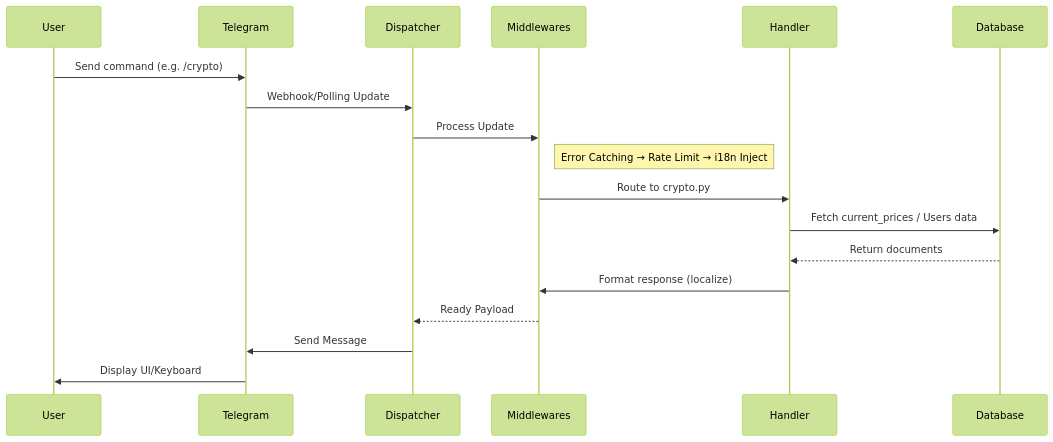
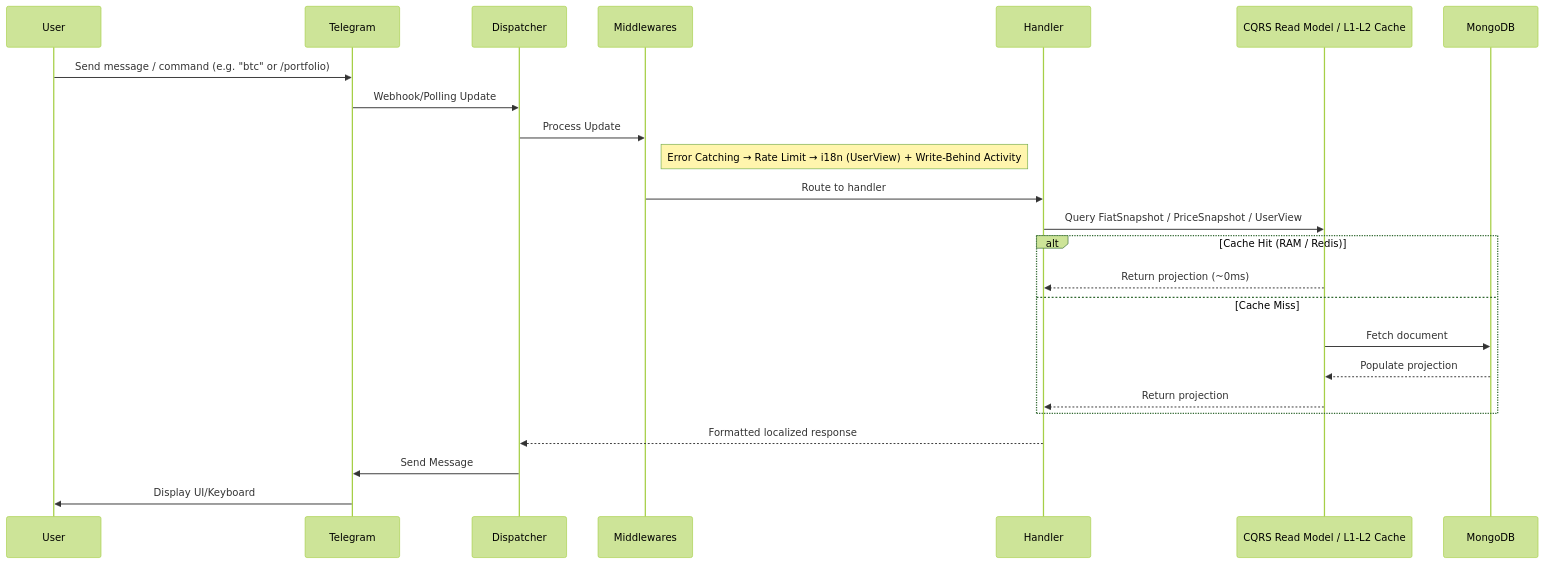
The first of 2 diagrams in docs/English/ARCHITECTURE.md (teferdet/finances), drawn with Mermaid (forest theme) before and after one commit. The commit also changed other lines of this file and 9 other files, not shown here.

````diff
--- a/docs/English/ARCHITECTURE.md
+++ b/docs/English/ARCHITECTURE.md
@@ -27,26 +23,30 @@
 ```mermaid
 sequenceDiagram
     participant User
     participant Telegram
     participant Dispatcher
     participant Middlewares
     participant Handler
-    participant Database
+    participant CQRS as CQRS Read Model / L1-L2 Cache
+    participant Database as MongoDB
 
-    User->>Telegram: Send command (e.g. /crypto)
+    User->>Telegram: Send message / command (e.g. "btc" or /portfolio)
     Telegram->>Dispatcher: Webhook/Polling Update
 
     Dispatcher->>Middlewares: Process Update
-    Note right of Middlewares: Error Catching → Rate Limit → i18n Inject
+    Note right of Middlewares: Error Catching → Rate Limit → i18n (UserView) + Write-Behind Activity
 
-    Middlewares->>Handler: Route to crypto.py
+    Middlewares->>Handler: Route to handler
+    Handler->>CQRS: Query FiatSnapshot / PriceSnapshot / UserView
+    alt Cache Hit (RAM / Redis)
+        CQRS-->>Handler: Return projection (~0ms)
+    else Cache Miss
+        CQRS->>Database: Fetch document
+        Database-->>CQRS: Populate projection
+        CQRS-->>Handler: Return projection
+    end
 
-    Handler->>Database: Fetch current_prices / Users data
-    Database-->>Handler: Return documents
-
-    Handler->>Middlewares: Format response (localize)
-    Middlewares-->>Dispatcher: Ready Payload
-
+    Handler-->>Dispatcher: Formatted localized response
     Dispatcher->>Telegram: Send Message
     Telegram->>User: Display UI/Keyboard
 ```
````
